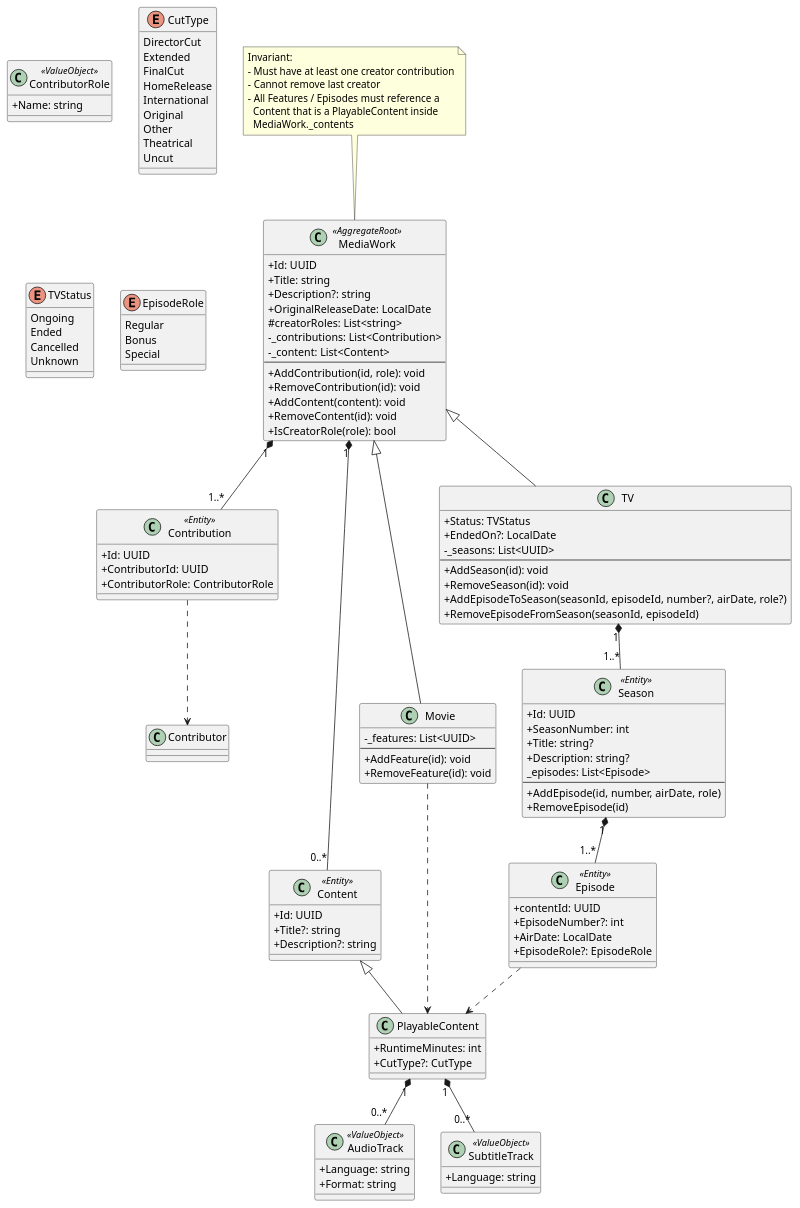
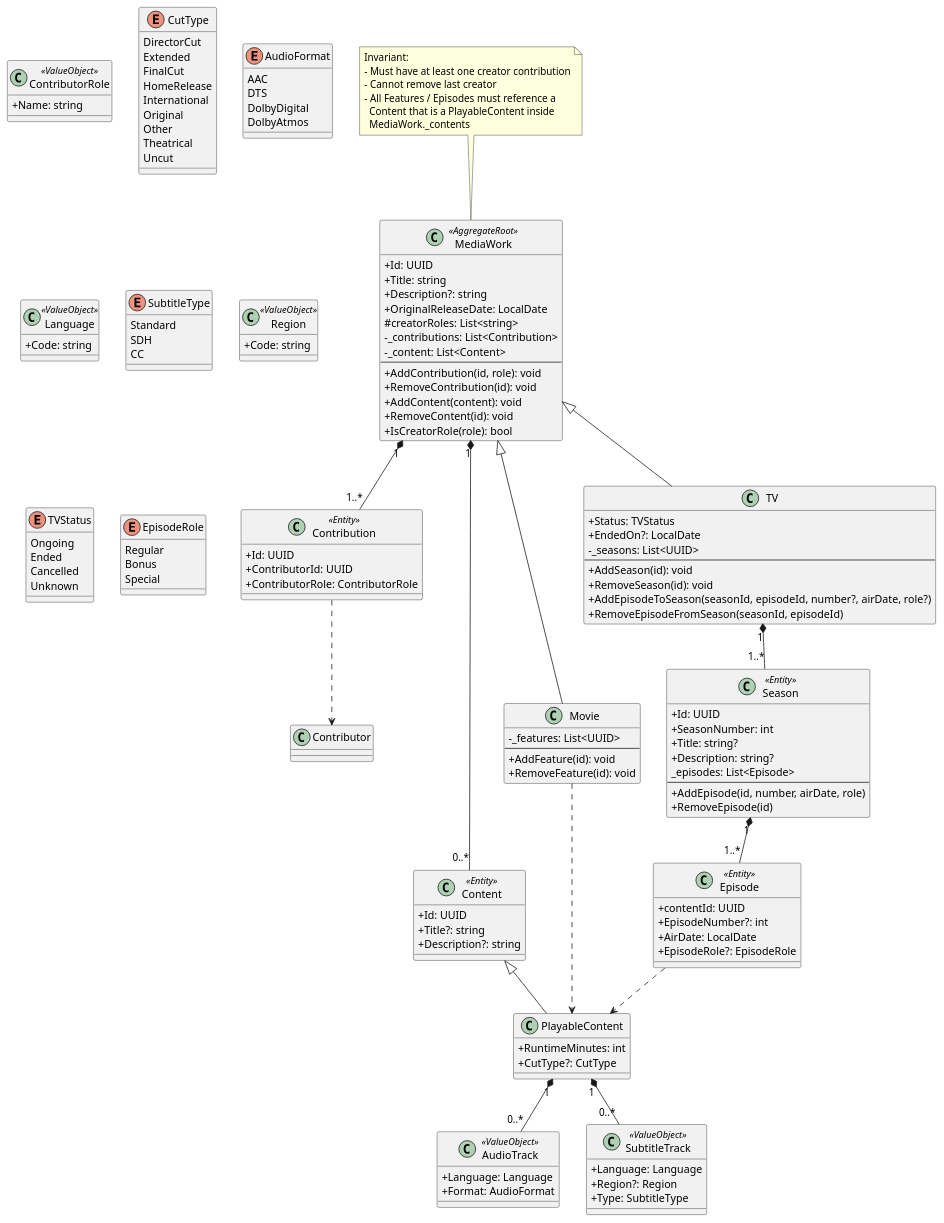
Before and after one commit to yantue/colleq: the diagram in docs/uml/domain/media_work.domain.puml, drawn with PlantUML. The commit also changed 1 other file, not shown here.

Commit message:
docs: Update audio- and subtitletracks with attribute normilization

```diff
--- a/docs/uml/domain/media_work.domain.puml
+++ b/docs/uml/domain/media_work.domain.puml
@@ -1,148 +1,171 @@
 @startuml
 skinparam classAttributeIconSize 0
 
 ' ===== CORE =====
 class MediaWork <<AggregateRoot>> {
     +Id: UUID
     +Title: string
     +Description?: string
     +OriginalReleaseDate: LocalDate
     #creatorRoles: List<string>
     -_contributions: List<Contribution>
     -_content: List<Content>
     --
     +AddContribution(id, role): void
     +RemoveContribution(id): void
     +AddContent(content): void
     +RemoveContent(id): void
     +IsCreatorRole(role): bool
 }
 
 note top of MediaWork
 Invariant:
 - Must have at least one creator contribution
 - Cannot remove last creator
 - All Features / Episodes must reference a
   Content that is a PlayableContent inside
   MediaWork._contents
 end note
 
 ' ===== CONTRIBUTIONS =====
 class Contribution <<Entity>> {
     +Id: UUID
     +ContributorId: UUID
     +ContributorRole: ContributorRole
 }
 
 class ContributorRole <<ValueObject>> {
     +Name: string
 }
 
 MediaWork "1" *-- "1..*" Contribution
 
 ' ===== CONTENT =====
 class Content <<Entity>> {
     +Id: UUID
     +Title?: string
     +Description?: string
 }
 
 MediaWork "1" *-- "0..*" Content
 
 class PlayableContent {
     +RuntimeMinutes: int
     +CutType?: CutType
 }
 
 enum CutType {
     DirectorCut
     Extended
     FinalCut
     HomeRelease
     International
     Original
     Other
     Theatrical
     Uncut
 }
 
 Content <|-- PlayableContent
 
 class AudioTrack <<ValueObject>> {
-    +Language: string
-    +Format: string
+    +Language: Language
+    +Format: AudioFormat
+}
+
+enum AudioFormat {
+    AAC
+    DTS
+    DolbyDigital
+    DolbyAtmos
+}
+
+class Language <<ValueObject>> {
+    +Code: string
 }
 
 PlayableContent "1" *-- "0..*" AudioTrack
 
 class SubtitleTrack <<ValueObject>> {
-    +Language: string
+    +Language: Language
+    +Region?: Region
+    +Type: SubtitleType
+}
+
+enum SubtitleType {
+    Standard
+    SDH
+    CC
+}
+
+class Region <<ValueObject>> {
+    +Code: string
 }
 
 PlayableContent "1" *-- "0..*" SubtitleTrack
 
 ' ===== MOVIE =====
 class Movie {
     -_features: List<UUID>
     --
     +AddFeature(id): void
     +RemoveFeature(id): void
 }
 
 MediaWork <|-- Movie
 Movie ..> PlayableContent
 
 ' ===== TV =====
 class TV {
     +Status: TVStatus
     +EndedOn?: LocalDate
     -_seasons: List<UUID>
     --
     +AddSeason(id): void
     +RemoveSeason(id): void
     +AddEpisodeToSeason(seasonId, episodeId, number?, airDate, role?)
     +RemoveEpisodeFromSeason(seasonId, episodeId)
 }
 
 MediaWork <|-- TV
 
 enum TVStatus {
     Ongoing
     Ended
     Cancelled
     Unknown
 }
 
 class Season <<Entity>> {
     +Id: UUID
     +SeasonNumber: int
     +Title: string?
     +Description: string?
     _episodes: List<Episode>
     --
     +AddEpisode(id, number, airDate, role)
     +RemoveEpisode(id)
 }
 
 TV "1" *-- "1..*" Season
 
 class Episode <<Entity>> {
     +contentId: UUID
     +EpisodeNumber?: int
     +AirDate: LocalDate
     +EpisodeRole?: EpisodeRole
 }
 
 Season "1" *-- "1..*" Episode
 Episode ..> PlayableContent
 
 enum EpisodeRole {
     Regular
     Bonus
     Special
 }
 
 ' ===== CROSS-AGGREGATE REFERENCE =====
 Contribution ..> Contributor
 
 @enduml
```
